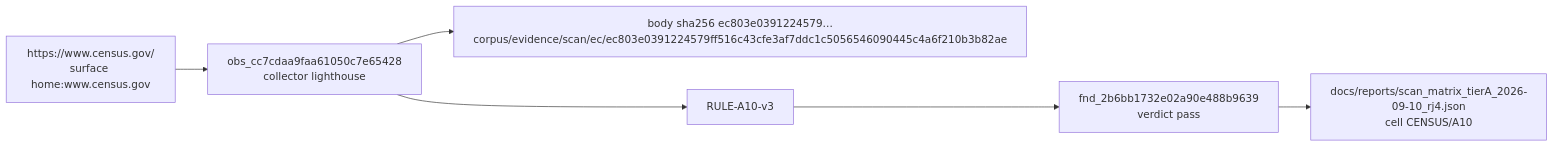
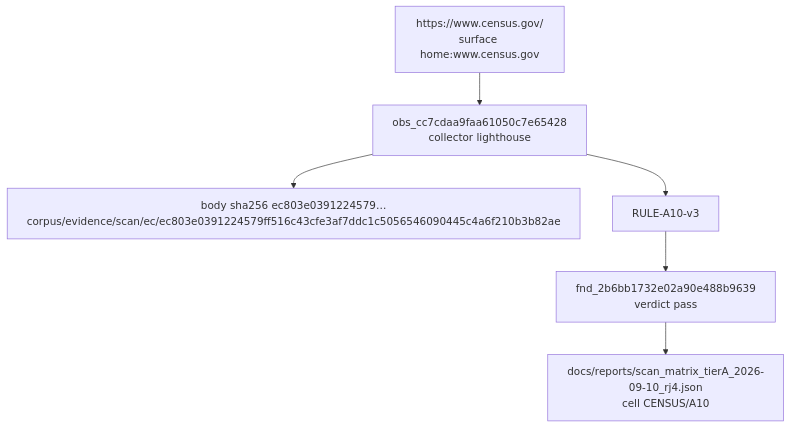
One commit to brockwebb/ai-readiness-kg changed the third of 4 diagrams in docs/brief/E_architecture.md. Above: the diagram before and after it, drawn with Mermaid. The commit also changed other lines of this file and 1 other file, not shown here.

Commit message:
pack: diagrams (c) and (d) drawn top to bottom (task 2026-09-23_brief_deck_packaging, decision 3)
Left to right they rendered at about 10:1 and 15:1 and read small on a 16:9
slide. Only the flowchart direction changes; E_architecture.md regenerated by
the generator, pack --check 61 files 0 drifted, check_protected_brief_pack.sh OK.

````diff
--- a/docs/brief/E_architecture.md
+++ b/docs/brief/E_architecture.md
@@ -88,8 +88,8 @@
 ```mermaid
-flowchart LR
+flowchart TB
   u["https://www.census.gov/<br/>surface home:www.census.gov"] --> o["obs_cc7cdaa9faa61050c7e65428<br/>collector lighthouse"]
   o --> b["body sha256 ec803e0391224579…<br/>corpus/evidence/scan/ec/ec803e0391224579ff516c43cfe3af7ddc1c5056546090445c4a6f210b3b82ae"]
   o --> r["RULE-A10-v3"]
   r --> f["fnd_2b6bb1732e02a90e488b9639<br/>verdict pass"]
   f --> m["docs/reports/scan_matrix_tierA_2026-09-10_rj4.json<br/>cell CENSUS/A10"]
 ```
````
